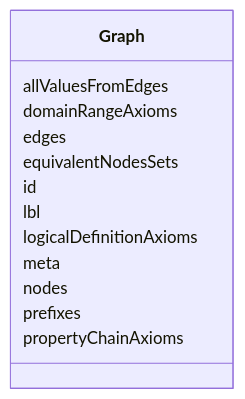
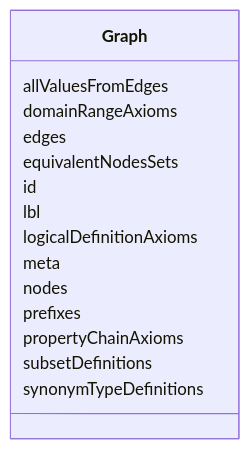
Before and after one commit to INCATools/ontology-access-kit: the diagram in obograph/Graph.md, drawn with Mermaid. The commit also changed other lines of this file and 58 other files, not shown here.

````diff
--- a/obograph/Graph.md
+++ b/obograph/Graph.md
@@ -11,16 +11,18 @@
 ```{mermaid}
  classDiagram
     class Graph
       Graph : allValuesFromEdges
       Graph : domainRangeAxioms
       Graph : edges
       Graph : equivalentNodesSets
       Graph : id
       Graph : lbl
       Graph : logicalDefinitionAxioms
       Graph : meta
       Graph : nodes
       Graph : prefixes
       Graph : propertyChainAxioms
+      Graph : subsetDefinitions
+      Graph : synonymTypeDefinitions
       
 ```
````
